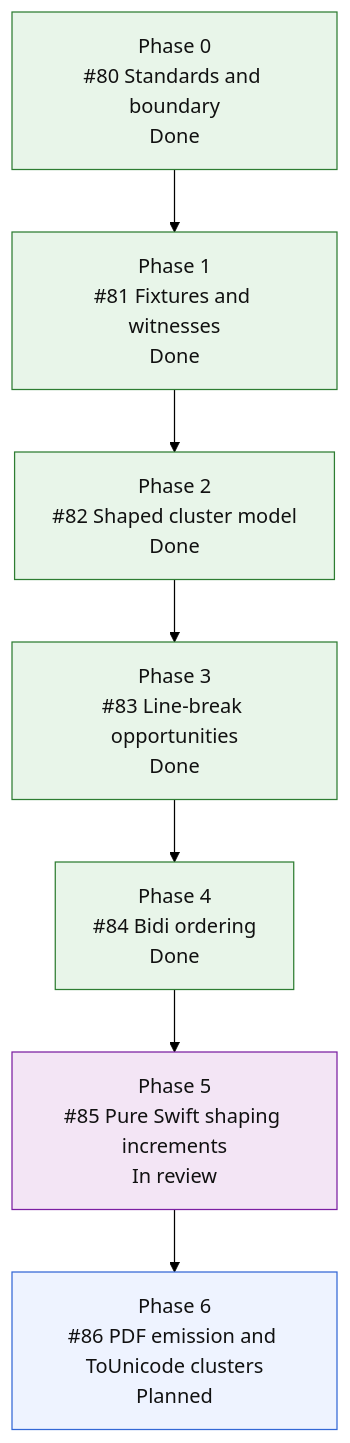
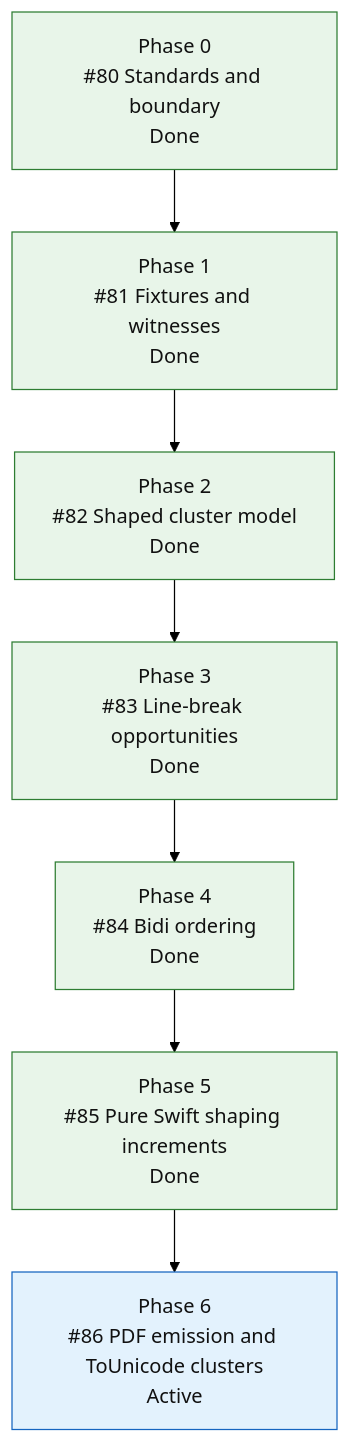
Before and after one commit to mihaelamj/MarkdownPDF: the fourth of 4 diagrams in README.md, drawn with Mermaid (forest theme). The commit also changed 1 other file, not shown here.

Commit message:
docs(roadmap): start shaped cluster emission issue

````diff
--- a/README.md
+++ b/README.md
@@ -301,21 +301,20 @@
 ```mermaid
 flowchart TD
     S0["Phase 0<br/>#80 Standards and boundary<br/>Done"]
     S1["Phase 1<br/>#81 Fixtures and witnesses<br/>Done"]
     S2["Phase 2<br/>#82 Shaped cluster model<br/>Done"]
     S3["Phase 3<br/>#83 Line-break opportunities<br/>Done"]
     S4["Phase 4<br/>#84 Bidi ordering<br/>Done"]
-    S5["Phase 5<br/>#85 Pure Swift shaping increments<br/>In review"]
-    S6["Phase 6<br/>#86 PDF emission and ToUnicode clusters<br/>Planned"]
+    S5["Phase 5<br/>#85 Pure Swift shaping increments<br/>Done"]
+    S6["Phase 6<br/>#86 PDF emission and ToUnicode clusters<br/>Active"]
 
     S0 --> S1 --> S2 --> S3 --> S4 --> S5 --> S6
 
     classDef done fill:#e8f5e9,stroke:#2e7d32,color:#111;
     classDef active fill:#e3f2fd,stroke:#1565c0,color:#111;
     classDef review fill:#f3e5f5,stroke:#7b1fa2,color:#111;
     classDef next fill:#fff8e1,stroke:#f9a825,color:#111;
     classDef todo fill:#eef3ff,stroke:#3367d6,color:#111;
-    class S0,S1,S2,S3,S4 done;
-    class S5 review;
-    class S6 todo;
+    class S0,S1,S2,S3,S4,S5 done;
+    class S6 active;
 ```
````
